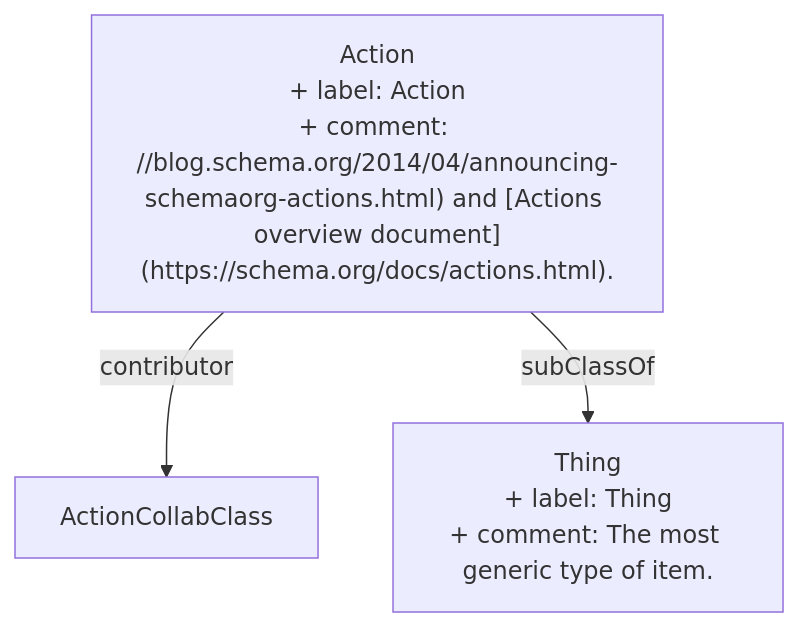
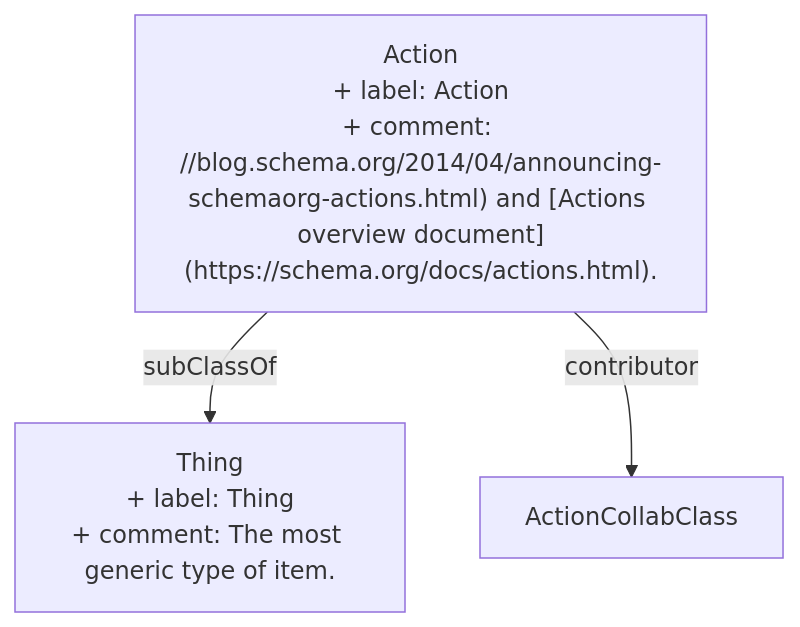
The diagram in content/schema/Action.md (heidingaway/heidi2), drawn with Mermaid before and after one commit. The commit also changed other lines of this file and 318 other files, not shown here.

````diff
--- a/content/schema/Action.md
+++ b/content/schema/Action.md
@@ -24,8 +24,8 @@
 ```mermaid
 graph TD
   Action["Action<br>+ label: Action<br>+ comment: //blog.schema.org/2014/04/announcing-schemaorg-actions.html) and [Actions overview document](https://schema.org/docs/actions.html)."]:::current-page-node
   Thing["Thing<br>+ label: Thing<br>+ comment: The most generic type of item."]
   ActionCollabClass["ActionCollabClass"]
+  Action-->|" subClassOf "|Thing
   Action-->|" contributor "|ActionCollabClass
-  Action-->|" subClassOf "|Thing
 ```
````
